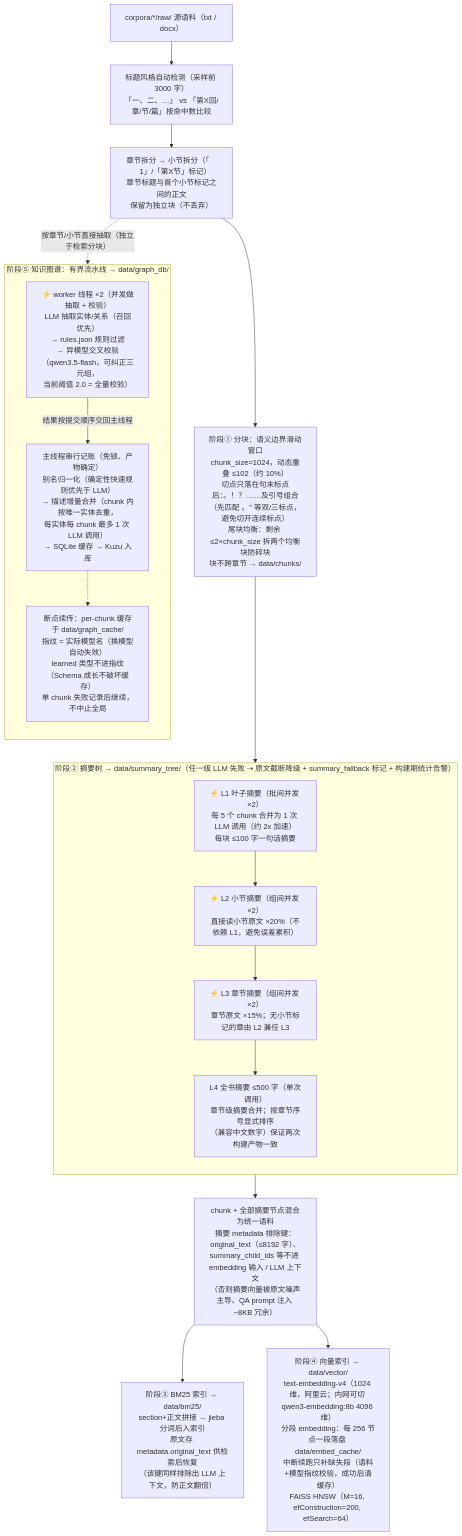
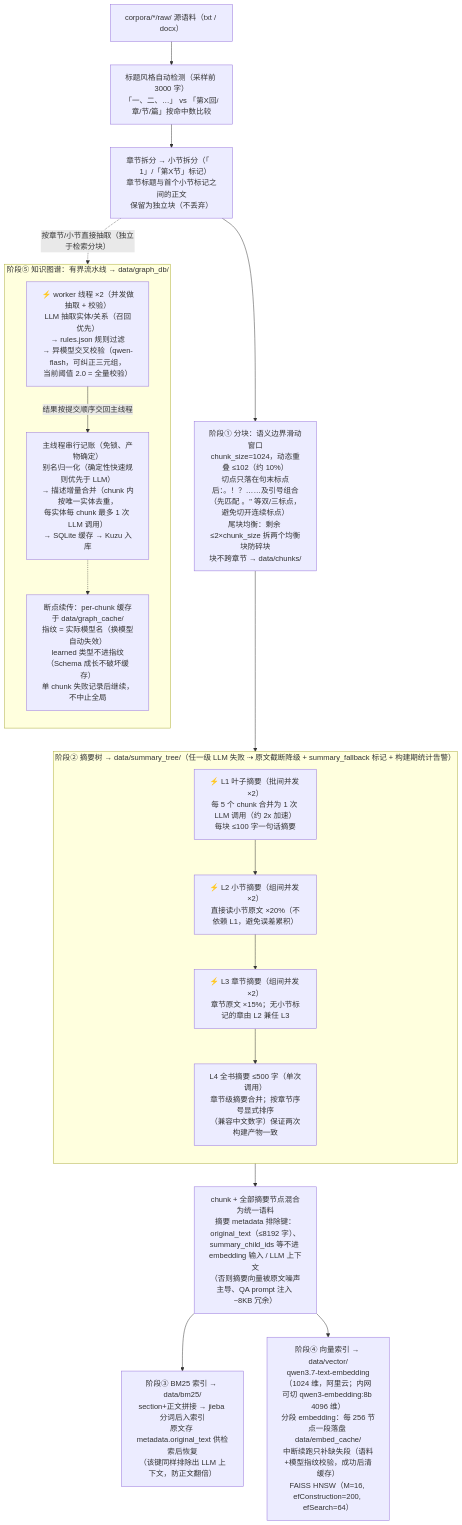
One commit to yanshaoxing/RAG changed the first of 2 diagrams in README.md. Above: the diagram before and after it, drawn with Mermaid. The commit also changed other lines of this file and 24 other files, not shown here.

````diff
--- a/README.md
+++ b/README.md
@@ -40,28 +41,28 @@
 ```mermaid
 flowchart TD
     RAW["corpora/*/raw/ 源语料（txt / docx）"] --> DET["标题风格自动检测（采样前 3000 字）<br/>「一、二、…」 vs 「第X回/章/节/篇」按命中数比较"]
     DET --> SEC["章节拆分 → 小节拆分（「　　1」/「第X节」标记）<br/>章节标题与首个小节标记之间的正文<br/>保留为独立块（不丢弃）"]
     SEC --> CHK["阶段① 分块：语义边界滑动窗口<br/>chunk_size=1024，动态重叠 ≤102（约 10%）<br/>切点只落在句末标点后：。！？……及引号组合<br/>（先匹配 。#quot; 等双/三标点，避免切开连续标点）<br/>尾块均衡：剩余 ≤2×chunk_size 拆两个均衡块防碎块<br/>块不跨章节 → data/chunks/"]
 
     CHK --> ST
     subgraph ST["阶段② 摘要树 → data/summary_tree/（任一级 LLM 失败 ⇢ 原文截断降级 + summary_fallback 标记 + 构建期统计告警）"]
         direction TB
         L1["⚡ L1 叶子摘要（批间并发 ×2）<br/>每 5 个 chunk 合并为 1 次 LLM 调用（约 2x 加速）<br/>每块 ≤100 字一句话摘要"]
         L1 --> L2["⚡ L2 小节摘要（组间并发 ×2）<br/>直接读小节原文 ×20%（不依赖 L1，避免误差累积）"]
         L2 --> L3["⚡ L3 章节摘要（组间并发 ×2）<br/>章节原文 ×15%；无小节标记的章由 L2 兼任 L3"]
         L3 --> L4["L4 全书摘要 ≤500 字（单次调用）<br/>章节级摘要合并；按章节序号显式排序<br/>（兼容中文数字）保证两次构建产物一致"]
     end
 
     ST --> MIX["chunk + 全部摘要节点混合为统一语料<br/>摘要 metadata 排除键：original_text（≤8192 字）、<br/>summary_child_ids 等不进 embedding 输入 / LLM 上下文<br/>（否则摘要向量被原文噪声主导、QA prompt 注入 ~8KB 冗余）"]
 
     MIX --> BM["阶段③ BM25 索引 → data/bm25/<br/>section+正文拼接 → jieba 分词后入索引<br/>原文存 metadata.original_text 供检索后恢复<br/>（该键同样排除出 LLM 上下文，防正文翻倍）"]
-    MIX --> VEC["阶段④ 向量索引 → data/vector/<br/>text-embedding-v4（1024 维，阿里云；内网可切 qwen3-embedding:8b 4096 维）<br/>分段 embedding：每 256 节点一段落盘 data/embed_cache/<br/>中断续跑只补缺失段（语料+模型指纹校验，成功后清缓存）<br/>FAISS HNSW（M=16, efConstruction=200, efSearch=64）"]
+    MIX --> VEC["阶段④ 向量索引 → data/vector/<br/>qwen3.7-text-embedding（1024 维，阿里云；内网可切 qwen3-embedding:8b 4096 维）<br/>分段 embedding：每 256 节点一段落盘 data/embed_cache/<br/>中断续跑只补缺失段（语料+模型指纹校验，成功后清缓存）<br/>FAISS HNSW（M=16, efConstruction=200, efSearch=64）"]
 
     SEC -."按章节/小节直接抽取（独立于检索分块）".-> GB
     subgraph GB["阶段⑤ 知识图谱：有界流水线 → data/graph_db/"]
         direction TB
-        W["⚡ worker 线程 ×2（并发做抽取 + 校验）<br/>LLM 抽取实体/关系（召回优先）<br/>→ rules.json 规则过滤<br/>→ 异模型交叉校验（qwen3.5-flash，可纠正三元组，<br/>当前阈值 2.0 = 全量校验）"]
+        W["⚡ worker 线程 ×2（并发做抽取 + 校验）<br/>LLM 抽取实体/关系（召回优先）<br/>→ rules.json 规则过滤<br/>→ 异模型交叉校验（qwen-flash，可纠正三元组，<br/>当前阈值 2.0 = 全量校验）"]
         W -->|"结果按提交顺序交回主线程"| MT["主线程串行记账（免锁、产物确定）<br/>别名归一化（确定性快速规则优先于 LLM）<br/>→ 描述增量合并（chunk 内按唯一实体去重，<br/>每实体每 chunk 最多 1 次 LLM 调用）<br/>→ SQLite 缓存 → Kuzu 入库"]
         MT -.-> CACHE["断点续传：per-chunk 缓存于 data/graph_cache/<br/>指纹 = 实际模型名（换模型自动失效）<br/>learned 类型不进指纹（Schema 成长不破坏缓存）<br/>单 chunk 失败记录后继续，不中止全局"]
     end
 ```
````
